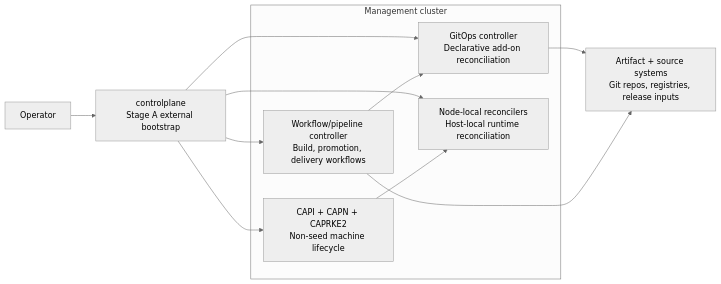
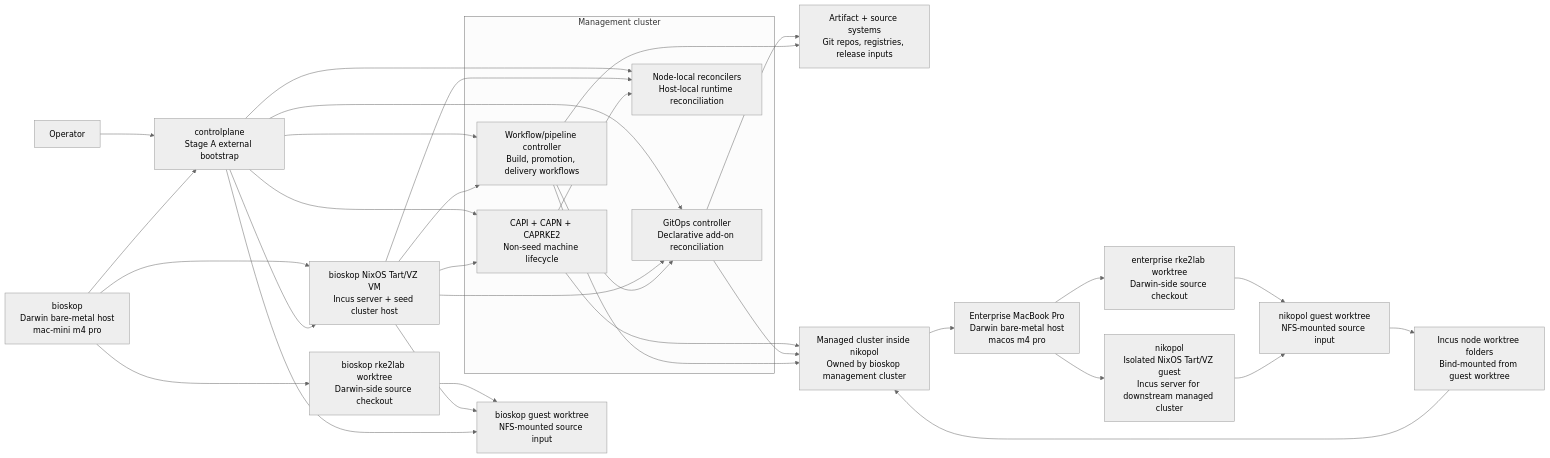
The second of 3 diagrams in docs/post-bootstrap-in-cluster-ownership-plan.adoc (nxmatic/rke2lab), drawn with Mermaid (neutral theme) before and after one commit. The commit also changed other lines of this file, not shown here.

Commit message:
docs(architecture): ground ownership plan in host and worktree topology @codebase @copilot

```diff
--- a/docs/post-bootstrap-in-cluster-ownership-plan.adoc
+++ b/docs/post-bootstrap-in-cluster-ownership-plan.adoc
@@ -117,24 +179,55 @@
 [mermaid,post-bootstrap-ownership-container,svg]
 ----
 flowchart LR
     operator[Operator]
-        controlplane[controlplane<br/>Stage A external bootstrap]
-        artifactStore[Artifact + source systems<br/>Git repos, registries, release inputs]
+    bioskop[bioskop<br/>Darwin bare-metal host<br/>mac-mini m4 pro]
+    bioskopTree[bioskop rke2lab worktree<br/>Darwin-side source checkout]
+    bioskopVm[bioskop NixOS Tart/VZ VM<br/>Incus server + seed cluster host]
+    bioskopNfs[bioskop guest worktree<br/>NFS-mounted source input]
+    controlplane[controlplane<br/>Stage A external bootstrap]
+    artifactStore[Artifact + source systems<br/>Git repos, registries, release inputs]
+    enterpriseHost[Enterprise MacBook Pro<br/>Darwin bare-metal host<br/>macos m4 pro]
+    enterpriseTree[enterprise rke2lab worktree<br/>Darwin-side source checkout]
+    nikopol[nikopol<br/>Isolated NixOS Tart/VZ guest<br/>Incus server for downstream managed cluster]
+    nikopolNfs[nikopol guest worktree<br/>NFS-mounted source input]
+    managedCluster[Managed cluster inside nikopol<br/>Owned by bioskop management cluster]
+    nodeWorktree[Incus node worktree folders<br/>Bind-mounted from guest worktree]
 
     subgraph Cluster[Management cluster]
             capi[CAPI + CAPN + CAPRKE2<br/>Non-seed machine lifecycle]
             gitops[GitOps controller<br/>Declarative add-on reconciliation]
             workflows[Workflow/pipeline controller<br/>Build, promotion, delivery workflows]
             nodelocal[Node-local reconcilers<br/>Host-local runtime reconciliation]
     end
 
     operator --> controlplane
+    bioskop --> bioskopTree
+    bioskop --> bioskopVm
+    bioskopTree --> bioskopNfs
+    bioskopVm --> bioskopNfs
+    bioskop --> controlplane
+    controlplane --> bioskopVm
+    controlplane --> bioskopNfs
     controlplane --> capi
     controlplane --> gitops
     controlplane --> workflows
     controlplane --> nodelocal
+    bioskopVm --> capi
+    bioskopVm --> gitops
+    bioskopVm --> workflows
+    bioskopVm --> nodelocal
     gitops --> artifactStore
     workflows --> artifactStore
     workflows --> gitops
     capi --> nodelocal
+    capi --> managedCluster
+    gitops --> managedCluster
+    workflows --> managedCluster
+    managedCluster --> enterpriseHost
+    enterpriseHost --> enterpriseTree
+    enterpriseHost --> nikopol
+    enterpriseTree --> nikopolNfs
+    nikopol --> nikopolNfs
+    nikopolNfs --> nodeWorktree
+    nodeWorktree --> managedCluster
 ----
```
